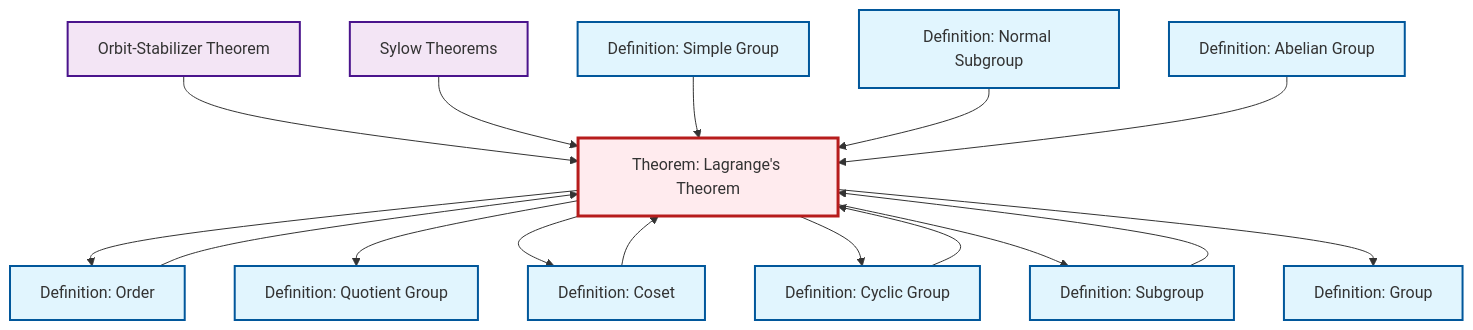
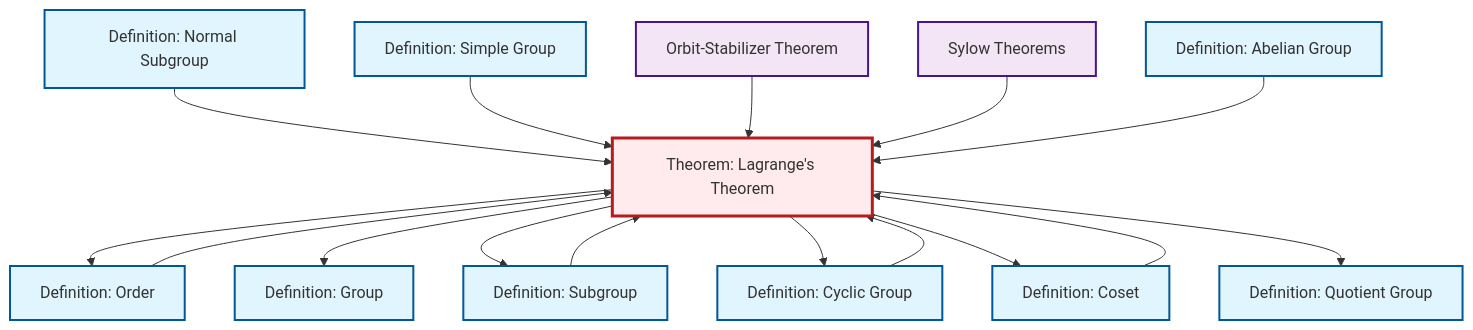
Before and after one commit to RK0429/ModernMath: the diagram in content/ja/algebra/thm-lagrange.qmd, drawn with Mermaid. The commit also changed other lines of this file and 619 other files, not shown here.

````diff
--- a/content/ja/algebra/thm-lagrange.qmd
+++ b/content/ja/algebra/thm-lagrange.qmd
@@ -55,48 +55,48 @@
 ```{mermaid}
 %%| fig-cap: "Local dependency graph"
 graph TD
     classDef definition fill:#e1f5fe,stroke:#01579b,stroke-width:2px
     classDef theorem fill:#f3e5f5,stroke:#4a148c,stroke-width:2px
     classDef axiom fill:#fff3e0,stroke:#e65100,stroke-width:2px
     classDef example fill:#e8f5e9,stroke:#1b5e20,stroke-width:2px
     classDef current fill:#ffebee,stroke:#b71c1c,stroke-width:3px
+    def-normal-subgroup["Definition: Normal Subgroup"]:::definition
+    def-abelian-group["Definition: Abelian Group"]:::definition
     thm-lagrange["Theorem: Lagrange's Theorem"]:::theorem
-    def-order["Definition: Order"]:::definition
+    def-group["Definition: Group"]:::definition
     def-cyclic-group["Definition: Cyclic Group"]:::definition
     def-simple-group["Definition: Simple Group"]:::definition
+    def-subgroup["Definition: Subgroup"]:::definition
+    def-quotient-group["Definition: Quotient Group"]:::definition
+    def-coset["Definition: Coset"]:::definition
     thm-sylow["Sylow Theorems"]:::theorem
-    def-coset["Definition: Coset"]:::definition
     thm-orbit-stabilizer["Orbit-Stabilizer Theorem"]:::theorem
-    def-quotient-group["Definition: Quotient Group"]:::definition
-    def-normal-subgroup["Definition: Normal Subgroup"]:::definition
-    def-abelian-group["Definition: Abelian Group"]:::definition
-    def-subgroup["Definition: Subgroup"]:::definition
-    def-group["Definition: Group"]:::definition
+    def-order["Definition: Order"]:::definition
+    def-cyclic-group --> thm-lagrange
+    def-normal-subgroup --> thm-lagrange
+    def-simple-group --> thm-lagrange
+    def-subgroup --> thm-lagrange
     thm-orbit-stabilizer --> thm-lagrange
     thm-lagrange --> def-order
-    def-coset --> thm-lagrange
-    thm-lagrange --> def-quotient-group
+    thm-lagrange --> def-group
+    thm-lagrange --> def-subgroup
+    thm-lagrange --> def-cyclic-group
     thm-sylow --> thm-lagrange
     thm-lagrange --> def-coset
-    thm-lagrange --> def-cyclic-group
-    def-cyclic-group --> thm-lagrange
+    def-abelian-group --> thm-lagrange
     def-order --> thm-lagrange
-    def-simple-group --> thm-lagrange
-    thm-lagrange --> def-subgroup
-    def-normal-subgroup --> thm-lagrange
-    def-abelian-group --> thm-lagrange
-    def-subgroup --> thm-lagrange
-    thm-lagrange --> def-group
+    thm-lagrange --> def-quotient-group
+    def-coset --> thm-lagrange
     class thm-lagrange current
-    click def-order "def-order.html" "Definition: Orderへ"
+    click def-normal-subgroup "def-normal-subgroup.html" "Definition: Normal Subgroupへ"
+    click def-abelian-group "def-abelian-group.html" "Definition: Abelian Groupへ"
+    click def-group "def-group.html" "Definition: Groupへ"
     click def-cyclic-group "def-cyclic-group.html" "Definition: Cyclic Groupへ"
     click def-simple-group "def-simple-group.html" "Definition: Simple Groupへ"
+    click def-subgroup "def-subgroup.html" "Definition: Subgroupへ"
+    click def-quotient-group "def-quotient-group.html" "Definition: Quotient Groupへ"
+    click def-coset "def-coset.html" "Definition: Cosetへ"
     click thm-sylow "thm-sylow.html" "Sylow Theoremsへ"
-    click def-coset "def-coset.html" "Definition: Cosetへ"
     click thm-orbit-stabilizer "thm-orbit-stabilizer.html" "Orbit-Stabilizer Theoremへ"
-    click def-quotient-group "def-quotient-group.html" "Definition: Quotient Groupへ"
-    click def-normal-subgroup "def-normal-subgroup.html" "Definition: Normal Subgroupへ"
-    click def-abelian-group "def-abelian-group.html" "Definition: Abelian Groupへ"
-    click def-subgroup "def-subgroup.html" "Definition: Subgroupへ"
-    click def-group "def-group.html" "Definition: Groupへ"
+    click def-order "def-order.html" "Definition: Orderへ"
 ```
````
